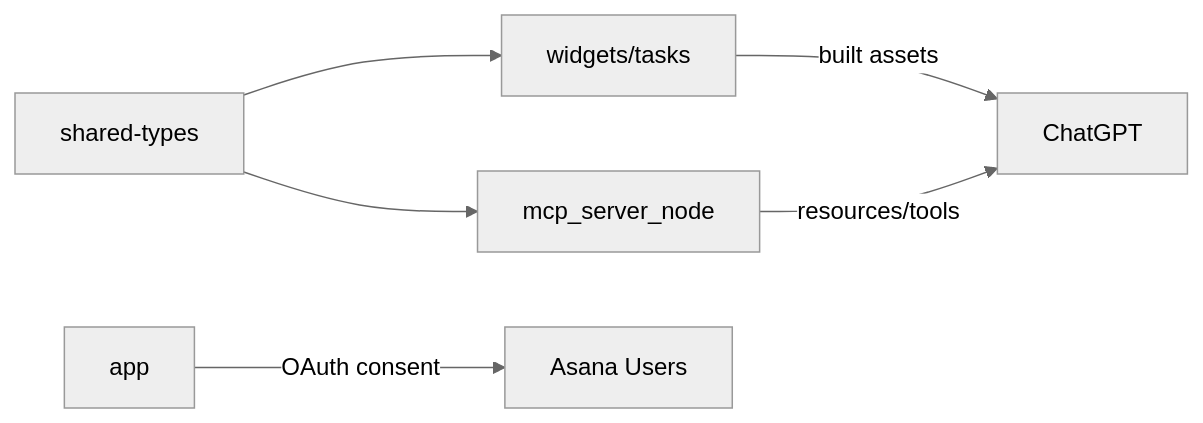
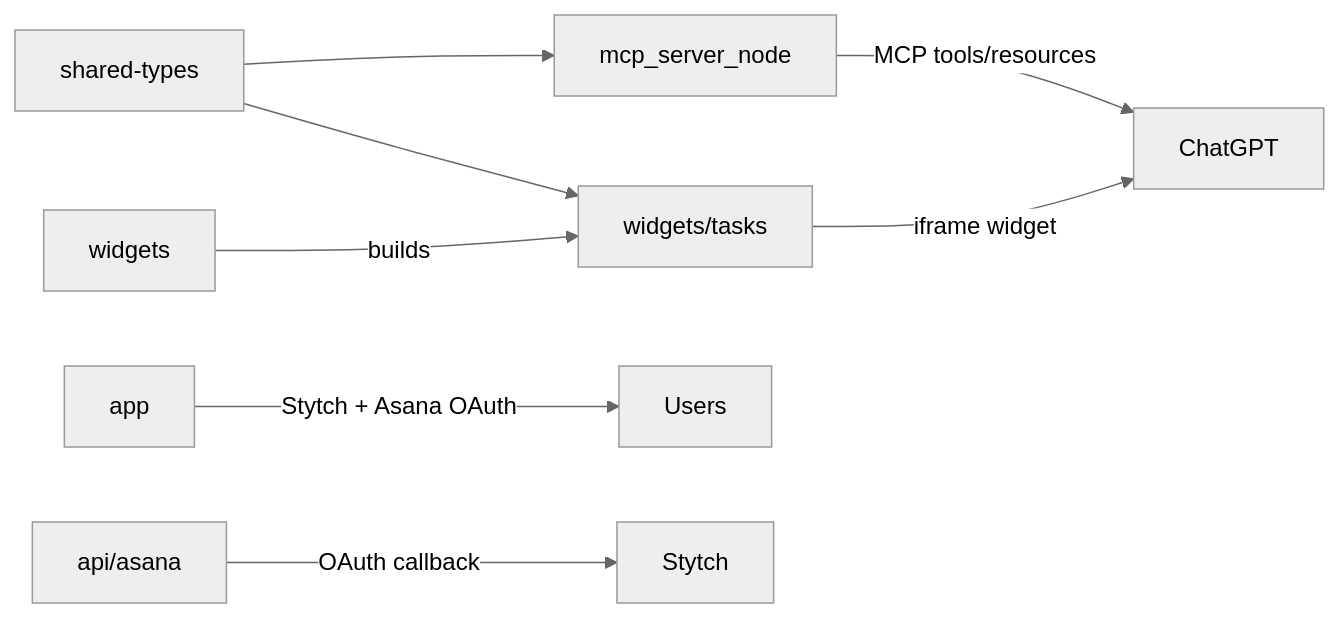
One commit to MCPJam/apps-sdk-mcp-server-example changed the second of 2 diagrams in README.md. Above: the diagram before and after it, drawn with Mermaid (neutral theme). The commit also changed other lines of this file, not shown here.

````diff
--- a/README.md
+++ b/README.md
@@ -27,8 +32,10 @@
 ```mermaid
 flowchart LR
     SharedTypes[shared-types] --> MCPServer[mcp_server_node]
     SharedTypes --> TasksWidget[widgets/tasks]
-    TasksWidget -->|built assets| ChatGPT
-    App[app] -->|OAuth consent| AsanaUsers[Asana Users]
-    MCPServer -->|resources/tools| ChatGPT
+    Widgets[widgets] -->|builds| TasksWidget
+    TasksWidget -->|iframe widget| ChatGPT
+    App[app] -->|Stytch + Asana OAuth| Users[Users]
+    MCPServer -->|MCP tools/resources| ChatGPT
+    API[api/asana] -->|OAuth callback| Stytch[Stytch]
 ```
````
